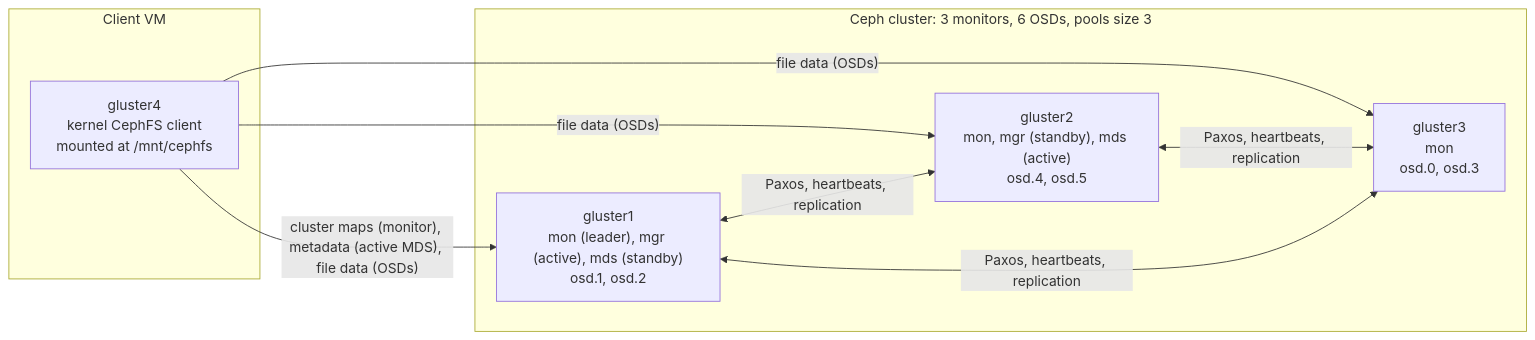
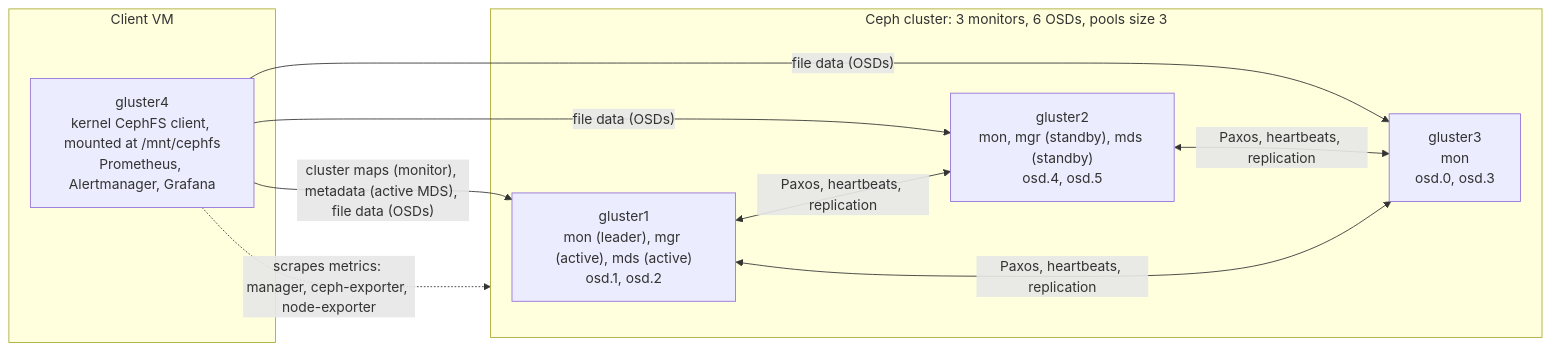
The diagram in README.md (OB-Adams/cephfs-replicated-lab), drawn with Mermaid before and after one commit. The commit also changed other lines of this file and 21 other files, not shown here.

````diff
--- a/README.md
+++ b/README.md
@@ -56,17 +60,18 @@
 ```mermaid
 flowchart LR
     subgraph clientvm["Client VM"]
-        C["gluster4<br/>kernel CephFS client<br/>mounted at /mnt/cephfs"]
+        C["gluster4<br/>kernel CephFS client, mounted at /mnt/cephfs<br/>Prometheus, Alertmanager, Grafana"]
     end
     subgraph cluster["Ceph cluster: 3 monitors, 6 OSDs, pools size 3"]
-        N1["gluster1<br/>mon (leader), mgr (active), mds (standby)<br/>osd.1, osd.2"]
-        N2["gluster2<br/>mon, mgr (standby), mds (active)<br/>osd.4, osd.5"]
+        N1["gluster1<br/>mon (leader), mgr (active), mds (active)<br/>osd.1, osd.2"]
+        N2["gluster2<br/>mon, mgr (standby), mds (standby)<br/>osd.4, osd.5"]
         N3["gluster3<br/>mon<br/>osd.0, osd.3"]
     end
     C -->|"cluster maps (monitor), metadata (active MDS), file data (OSDs)"| N1
     C -->|"file data (OSDs)"| N2
     C -->|"file data (OSDs)"| N3
     N1 <-->|"Paxos, heartbeats, replication"| N2
     N2 <-->|"Paxos, heartbeats, replication"| N3
     N1 <-->|"Paxos, heartbeats, replication"| N3
+    C -.->|"scrapes metrics: manager, ceph-exporter, node-exporter"| cluster
 ```
````
